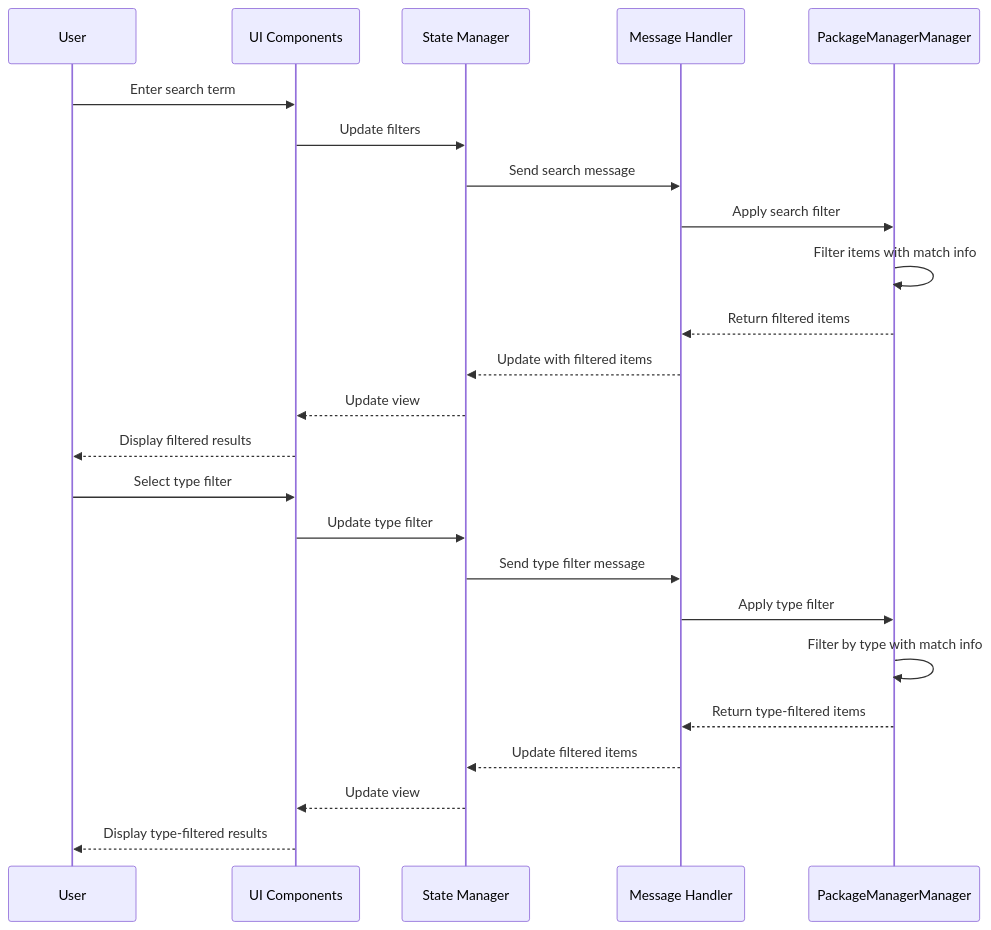
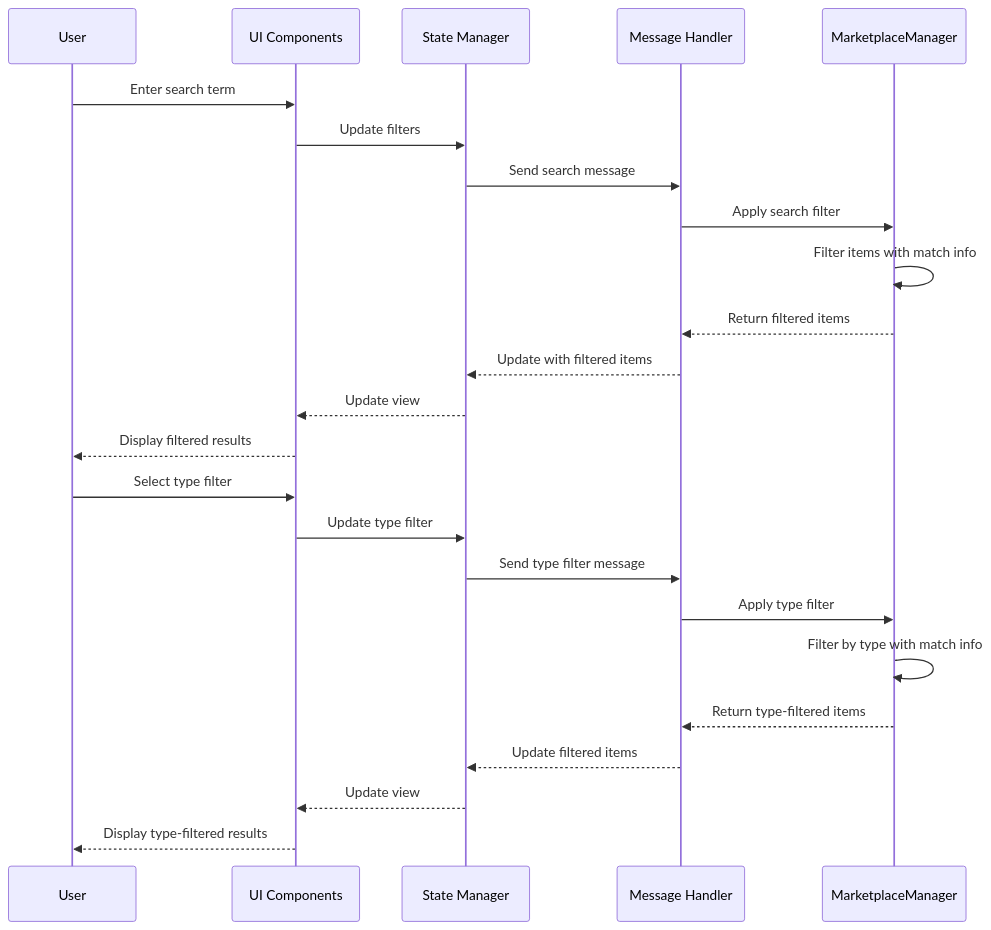
One commit to RooVetGit/Roo-Code changed the fourth of 5 diagrams in cline_docs/marketplace/implementation/01-architecture.md. Above: the diagram before and after it, drawn with Mermaid. The commit also changed other lines of this file and 84 other files, not shown here.

````diff
--- a/cline_docs/marketplace/implementation/01-architecture.md
+++ b/cline_docs/marketplace/implementation/01-architecture.md
@@ -128,28 +128,28 @@
 ```mermaid
 sequenceDiagram
     participant User
     participant UI as UI Components
     participant State as State Manager
     participant MH as Message Handler
-    participant PM as PackageManagerManager
+    participant PM as MarketplaceManager
 
     User->>UI: Enter search term
     UI->>State: Update filters
     State->>MH: Send search message
     MH->>PM: Apply search filter
     PM->>PM: Filter items with match info
     PM-->>MH: Return filtered items
     MH-->>State: Update with filtered items
     State-->>UI: Update view
     UI-->>User: Display filtered results
 
     User->>UI: Select type filter
     UI->>State: Update type filter
     State->>MH: Send type filter message
     MH->>PM: Apply type filter
     PM->>PM: Filter by type with match info
     PM-->>MH: Return type-filtered items
     MH-->>State: Update filtered items
     State-->>UI: Update view
     UI-->>User: Display type-filtered results
 ```
````
